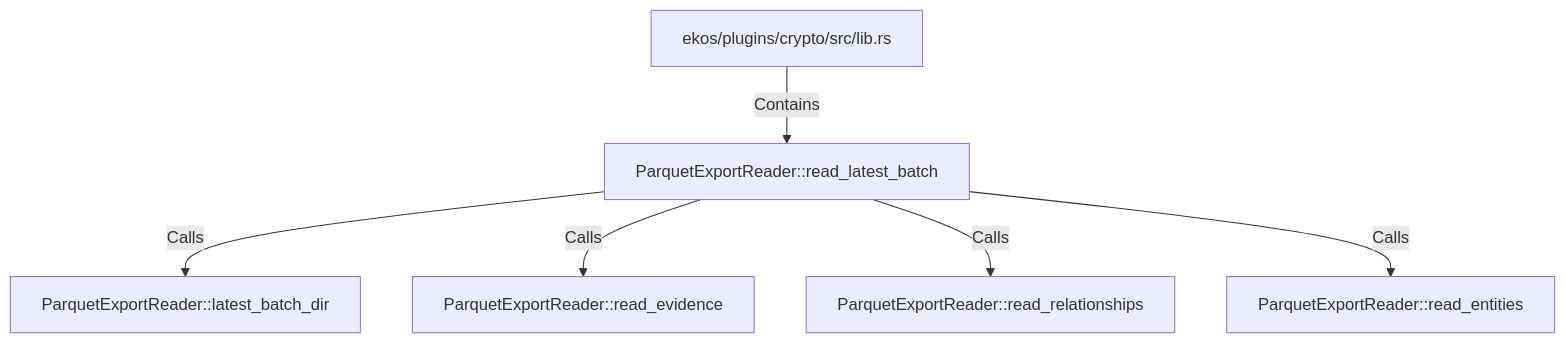
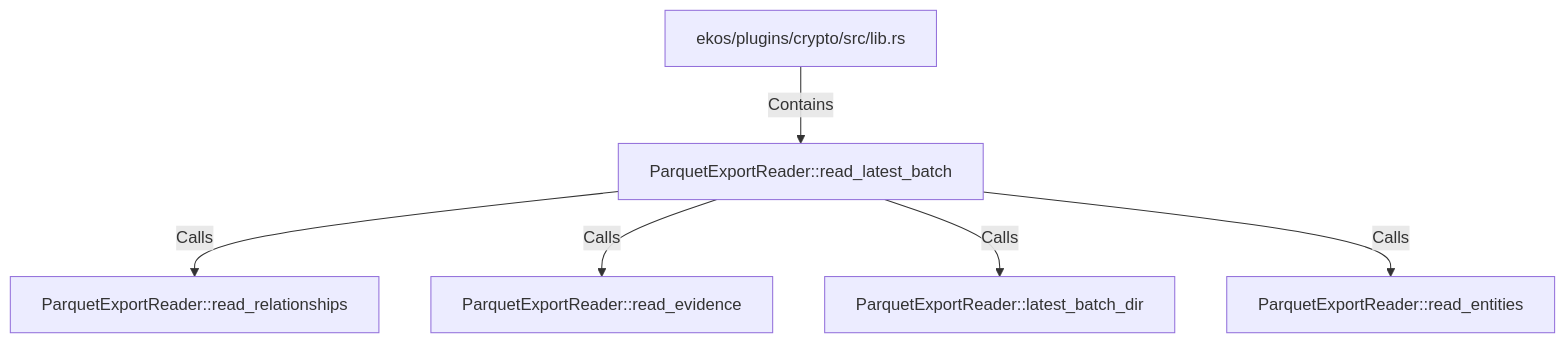
The diagram in doc/entities/rustsymbol/pa/parquetexportreader-read-latest-batch.md (alexeyban/EKOS), drawn with Mermaid before and after one commit. The commit also changed other lines of this file and 552 other files, not shown here.

````diff
--- a/doc/entities/rustsymbol/pa/parquetexportreader-read-latest-batch.md
+++ b/doc/entities/rustsymbol/pa/parquetexportreader-read-latest-batch.md
@@ -24,14 +24,14 @@
 ```mermaid
 graph TD
     n573d78a3871e5467b795efe45e871700["ParquetExportReader::read_latest_batch"]
     n83728c61df4d5ad681c75bf50ff761fb["ekos/plugins/crypto/src/lib.rs"]
     n83728c61df4d5ad681c75bf50ff761fb -->|Contains| n573d78a3871e5467b795efe45e871700
+    nc79b4df578e25990a6272851c1a75901["ParquetExportReader::read_relationships"]
+    n573d78a3871e5467b795efe45e871700 -->|Calls| nc79b4df578e25990a6272851c1a75901
+    n52ef400c3e0857e7993727669b2386fa["ParquetExportReader::read_evidence"]
+    n573d78a3871e5467b795efe45e871700 -->|Calls| n52ef400c3e0857e7993727669b2386fa
     n438cce02db5c56f5ac38615fa7bb51bc["ParquetExportReader::latest_batch_dir"]
     n573d78a3871e5467b795efe45e871700 -->|Calls| n438cce02db5c56f5ac38615fa7bb51bc
-    n52ef400c3e0857e7993727669b2386fa["ParquetExportReader::read_evidence"]
-    n573d78a3871e5467b795efe45e871700 -->|Calls| n52ef400c3e0857e7993727669b2386fa
-    nc79b4df578e25990a6272851c1a75901["ParquetExportReader::read_relationships"]
-    n573d78a3871e5467b795efe45e871700 -->|Calls| nc79b4df578e25990a6272851c1a75901
     nf0b31d244edc544e96acfc790b32605d["ParquetExportReader::read_entities"]
     n573d78a3871e5467b795efe45e871700 -->|Calls| nf0b31d244edc544e96acfc790b32605d
 ```
````
